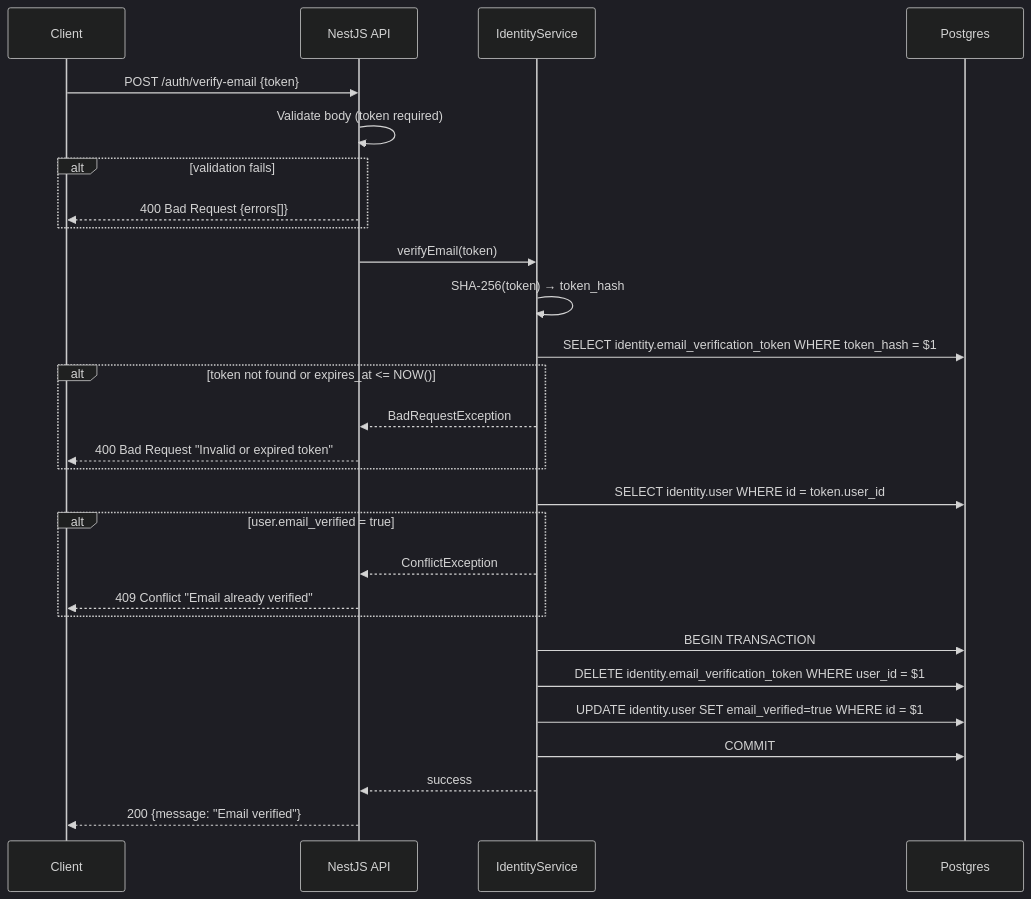
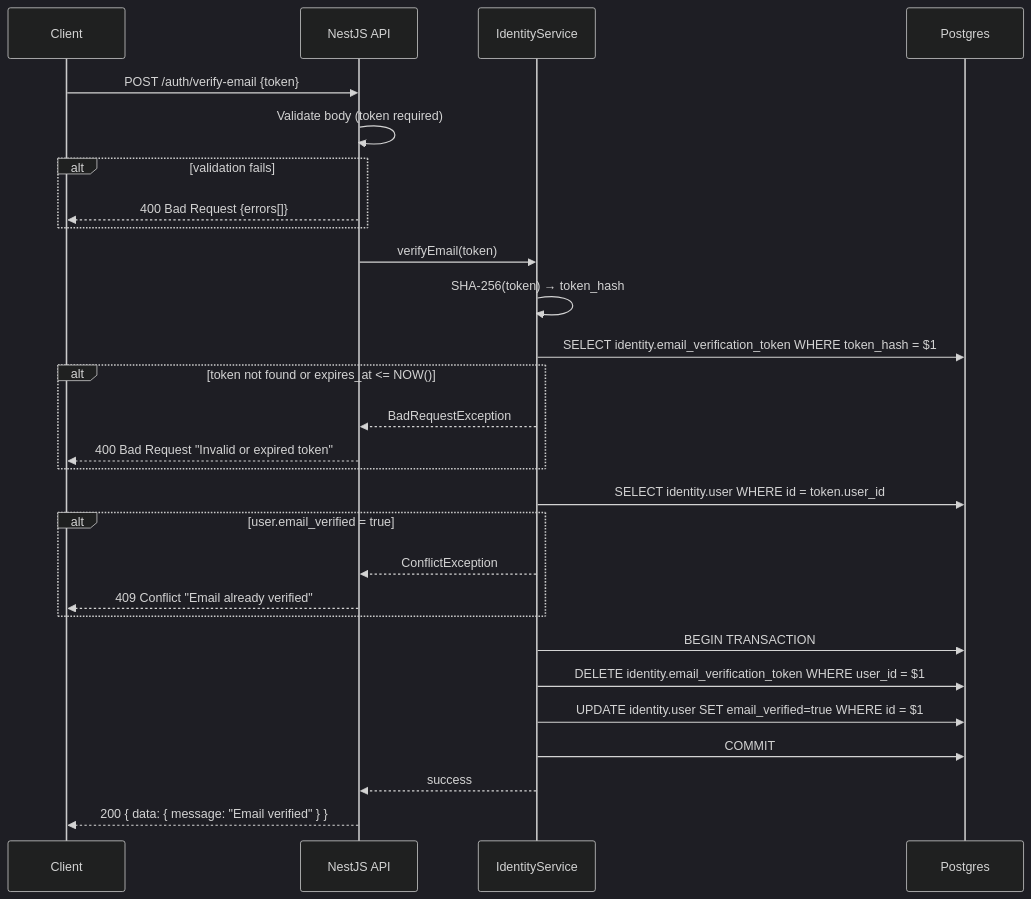
One commit to alisa-uthi/aliceut-ecom-document changed the sixth of 13 diagrams in phase-1/technical-design/api-design/auth.md. Above: the diagram before and after it, drawn with Mermaid (dark theme). The commit also changed other lines of this file and 22 other files, not shown here.

````diff
--- a/phase-1/technical-design/api-design/auth.md
+++ b/phase-1/technical-design/api-design/auth.md
@@ -367,37 +384,37 @@
 ```mermaid
 sequenceDiagram
     participant C as Client
     participant A as NestJS API
     participant IS as IdentityService
     participant PG as Postgres
 
     C->>A: POST /auth/verify-email {token}
 
     A->>A: Validate body (token required)
     alt validation fails
         A-->>C: 400 Bad Request {errors[]}
     end
 
     A->>IS: verifyEmail(token)
     IS->>IS: SHA-256(token) → token_hash
     IS->>PG: SELECT identity.email_verification_token WHERE token_hash = $1
 
     alt token not found or expires_at <= NOW()
         IS-->>A: BadRequestException
         A-->>C: 400 Bad Request "Invalid or expired token"
     end
 
     IS->>PG: SELECT identity.user WHERE id = token.user_id
     alt user.email_verified = true
         IS-->>A: ConflictException
         A-->>C: 409 Conflict "Email already verified"
     end
 
     IS->>PG: BEGIN TRANSACTION
     IS->>PG: DELETE identity.email_verification_token WHERE user_id = $1
     IS->>PG: UPDATE identity.user SET email_verified=true WHERE id = $1
     IS->>PG: COMMIT
 
     IS-->>A: success
-    A-->>C: 200 {message: "Email verified"}
+    A-->>C: 200 { data: { message: "Email verified" } }
 ```
````
